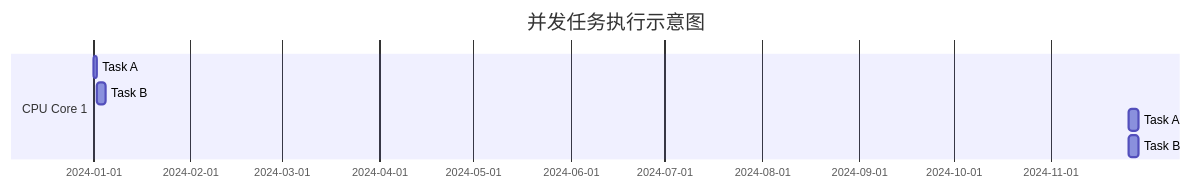
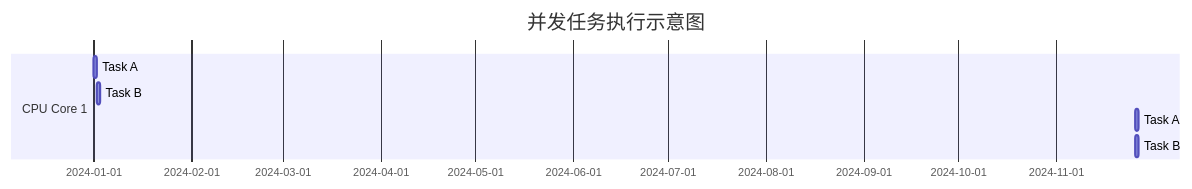
The first of 3 diagrams in System Design/并发 vs 并行.md (uwspstar/20-Day-Challenge-List), drawn with Mermaid before and after one commit.

Commit message:
Update 并发 vs 并行.md

````diff
--- a/System Design/并发 vs 并行.md
+++ b/System Design/并发 vs 并行.md
@@ -40,11 +40,11 @@
 ```mermaid
 gantt
     title 并发任务执行示意图
     dateFormat  YYYY-MM-DD
     section CPU Core 1
     Task A           :a1, 2024-01-01, 1d
-    Task B           :after a1, 3d
-    Task A           :after a2, 3d
-    Task B           :after a3, 3d
+    Task B           :after a1, 1d
+    Task A           :after a2, 1d
+    Task B           :after a3, 1d
 
 ```
````
